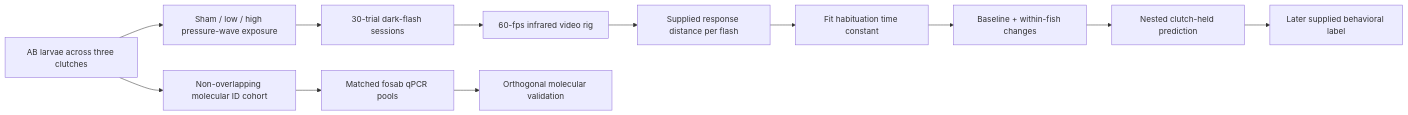
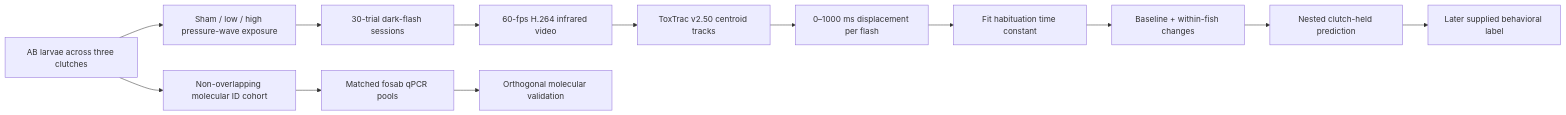
Before and after one commit to josephreggy23-coder/Behavioral-PTE: the diagram in README.md, drawn with Mermaid. The commit also changed other lines of this file and 8 other files, not shown here.

Commit message:
Integrate ToxTrac behavioral tracking method

````diff
--- a/README.md
+++ b/README.md
@@ -65,14 +66,15 @@
 ```mermaid
 flowchart LR
     A["AB larvae across three clutches"] --> B["Sham / low / high pressure-wave exposure"]
     B --> C["30-trial dark-flash sessions"]
-    C --> D["60-fps infrared video rig"]
-    D --> E["Supplied response distance per flash"]
-    E --> F["Fit habituation time constant"]
-    F --> G["Baseline + within-fish changes"]
+    C --> D["60-fps H.264 infrared video"]
+    D --> E["ToxTrac v2.50 centroid tracks"]
+    E --> F["0–1000 ms displacement per flash"]
+    F --> M["Fit habituation time constant"]
+    M --> G["Baseline + within-fish changes"]
     G --> K["Nested clutch-held prediction"]
     K --> L["Later supplied behavioral label"]
     A --> H["Non-overlapping molecular ID cohort"]
     H --> I["Matched fosab qPCR pools"]
     I --> J["Orthogonal molecular validation"]
 ```
````
